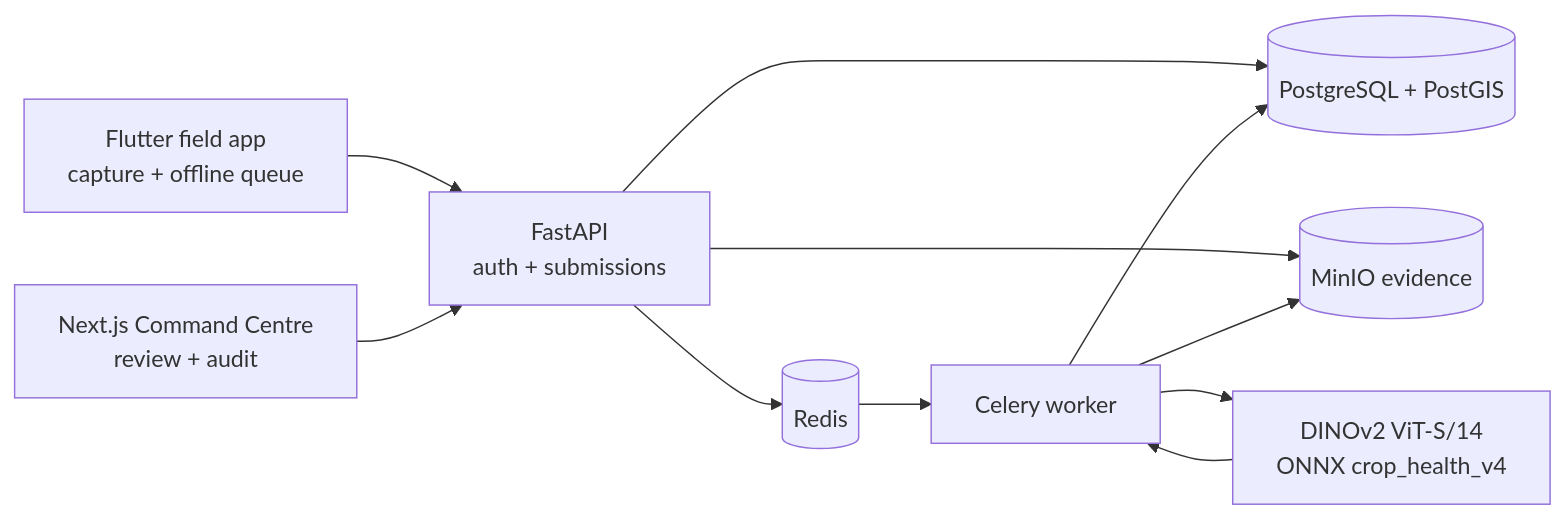
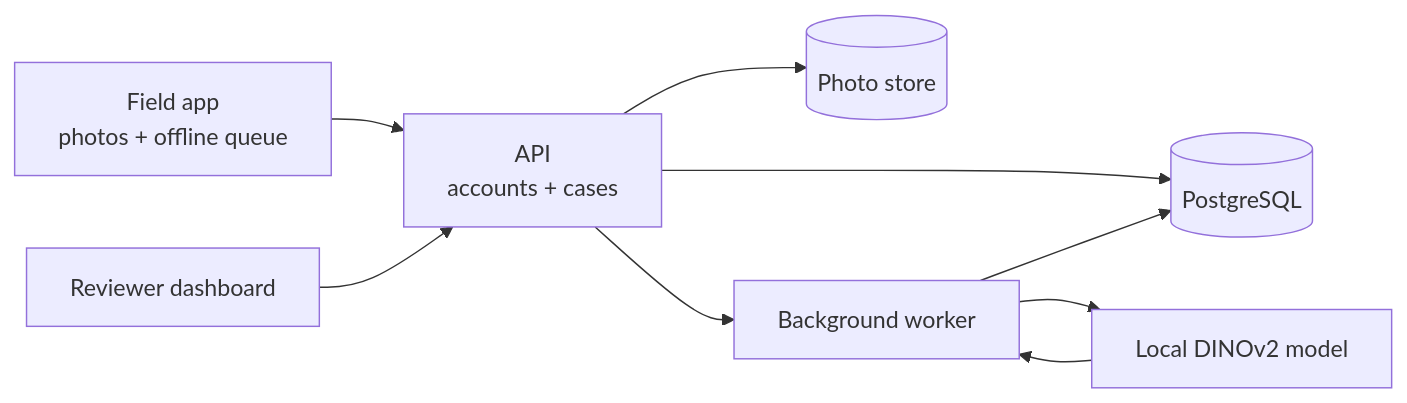
Before and after one commit to dhrrishitvdeka/Fasal-Pramaan: the diagram in README.md, drawn with Mermaid. The commit also changed other lines of this file and 5 other files, not shown here.

````diff
--- a/README.md
+++ b/README.md
@@ -129,13 +122,11 @@
 ```mermaid
 flowchart LR
-  Field["Flutter field app<br/>capture + offline queue"] --> API["FastAPI<br/>auth + submissions"]
-  Dashboard["Next.js Command Centre<br/>review + audit"] --> API
-  API --> DB[("PostgreSQL + PostGIS")]
-  API --> Store[("MinIO evidence")]
-  API --> Queue[("Redis")]
-  Queue --> Worker["Celery worker"]
-  Worker --> Store
-  Worker --> AI["DINOv2 ViT-S/14<br/>ONNX crop_health_v4"]
+  Field["Field app<br/>photos + offline queue"] --> API["API<br/>accounts + cases"]
+  Dashboard["Reviewer dashboard"] --> API
+  API --> DB[("PostgreSQL")]
+  API --> Store[("Photo store")]
+  API --> Worker["Background worker"]
+  Worker --> AI["Local DINOv2 model"]
   AI --> Worker
   Worker --> DB
 ```
````
